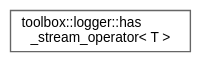
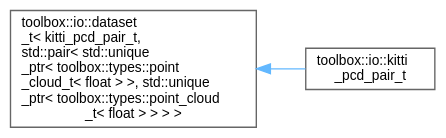
One commit to nerdneilsfield/cpp-toolbox changed the diagram in inherit_graph_30.dot. Above: the diagram before and after it, drawn with Graphviz. The commit also changed 348 other files, not shown here.

```diff
--- a/inherit_graph_30.dot
+++ b/inherit_graph_30.dot
@@ -1,9 +1,11 @@
 digraph "Graphical Class Hierarchy"
 {
  // LATEX_PDF_SIZE
   bgcolor="transparent";
   edge [fontname=Helvetica,fontsize=10,labelfontname=Helvetica,labelfontsize=10];
   node [fontname=Helvetica,fontsize=10,shape=box,height=0.2,width=0.4];
   rankdir="LR";
-  Node0 [id="Node000000",label="toolbox::logger::has\l_stream_operator\< T \>",height=0.2,width=0.4,color="grey40", fillcolor="white", style="filled",URL="$structtoolbox_1_1logger_1_1has__stream__operator.html",tooltip="检查类型是否具有流插入运算符(<<)的类型特征 / Type trait to check if a type has stream insertion operator (<<)"];
+  Node0 [id="Node000000",label="toolbox::io::dataset\l_t\< kitti_pcd_pair_t,\l std::pair\< std::unique\l_ptr\< toolbox::types::point\l_cloud_t\< float \> \>, std::unique\l_ptr\< toolbox::types::point_cloud\l_t\< float \> \> \> \>",height=0.2,width=0.4,color="grey40", fillcolor="white", style="filled",URL="$classtoolbox_1_1io_1_1dataset__t.html",tooltip=" "];
+  Node0 -> Node1 [id="edge34_Node000000_Node000001",dir="back",color="steelblue1",style="solid",tooltip=" "];
+  Node1 [id="Node000001",label="toolbox::io::kitti\l_pcd_pair_t",height=0.2,width=0.4,color="grey40", fillcolor="white", style="filled",URL="$classtoolbox_1_1io_1_1kitti__pcd__pair__t.html",tooltip="KITTI点云对数据集类/KITTI point cloud pair dataset class."];
 }
```
